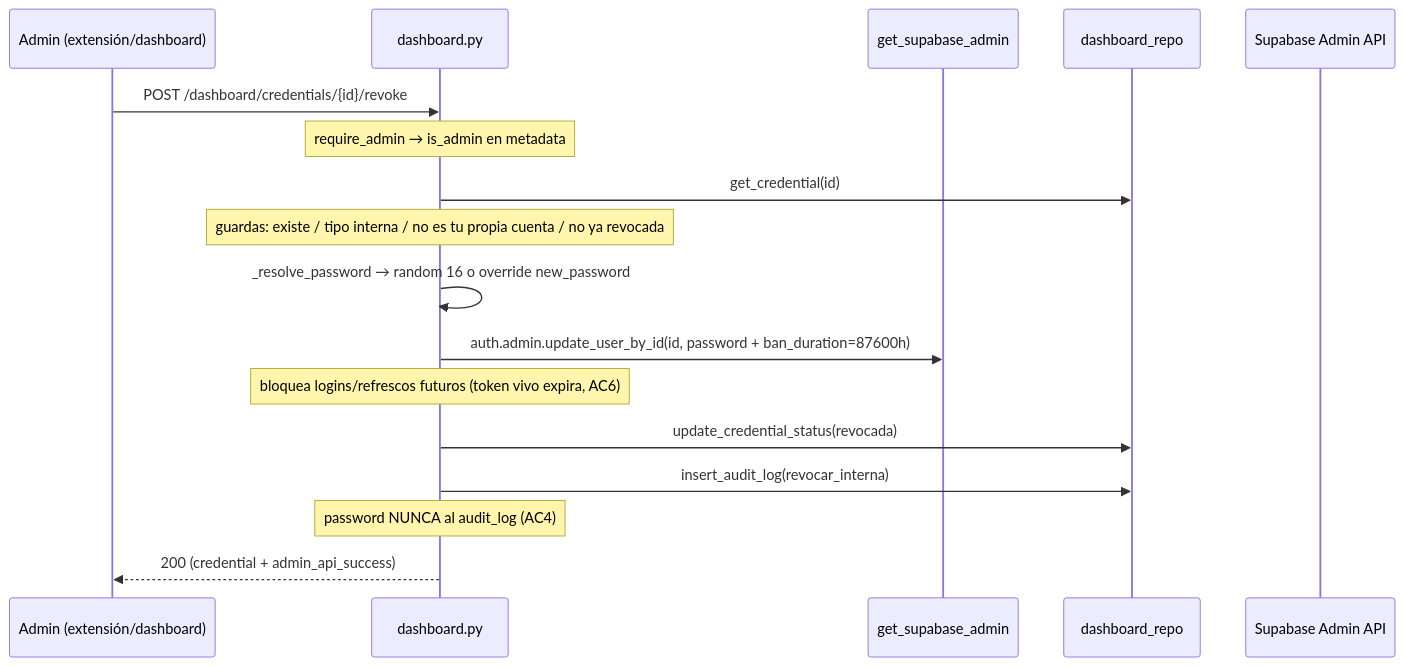
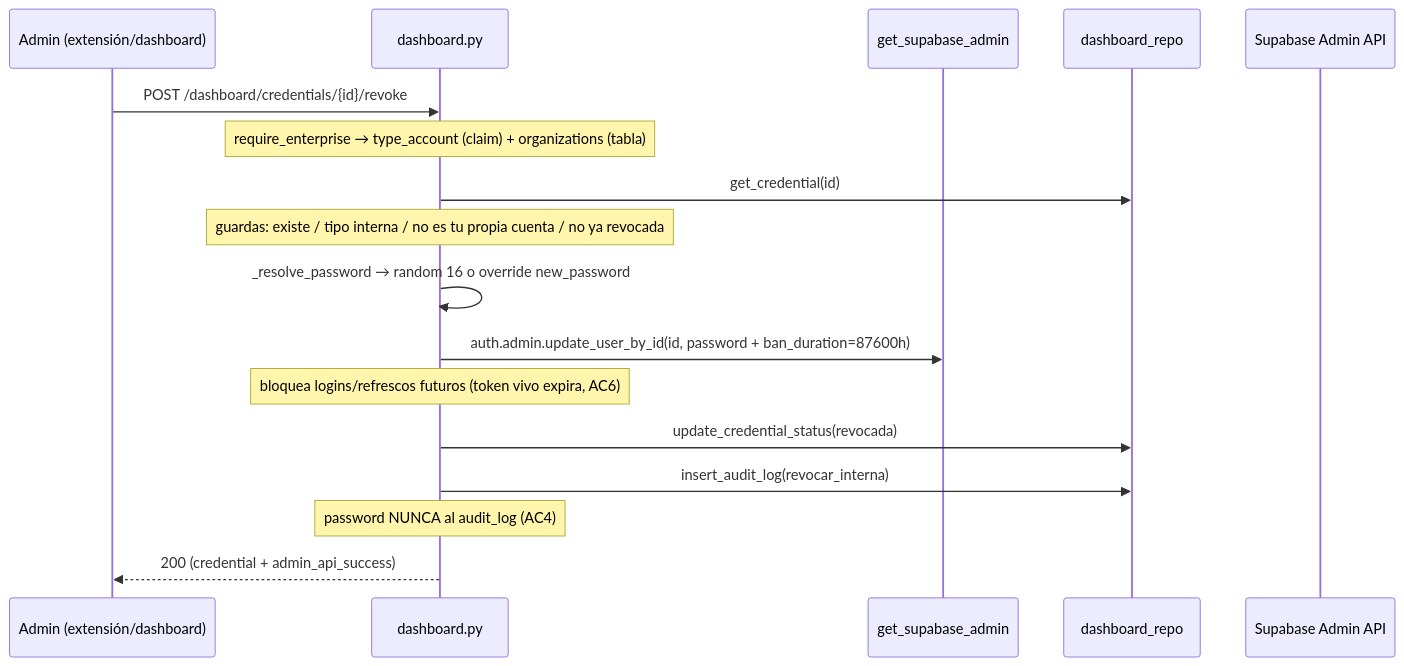
Before and after one commit to MrCasuela/sparkgate-api: the seventh of 9 diagrams in docs/ARQUITECTURA.md, drawn with Mermaid. The commit also changed other lines of this file and 3 other files, not shown here.

````diff
--- a/docs/ARQUITECTURA.md
+++ b/docs/ARQUITECTURA.md
@@ -353,20 +375,20 @@
 ```mermaid
 sequenceDiagram
     participant Admin as Admin (extensión/dashboard)
     participant R as dashboard.py
     participant G as get_supabase_admin
     participant DB as dashboard_repo
     participant AU as Supabase Admin API
 
     Admin->>R: POST /dashboard/credentials/{id}/revoke
-    Note over R: require_admin → is_admin en metadata
+    Note over R: require_enterprise → type_account (claim) + organizations (tabla)
     R->>DB: get_credential(id)
     Note over R: guardas: existe / tipo interna / no es tu propia cuenta / no ya revocada
     R->>R: _resolve_password → random 16 o override new_password
     R->>G: auth.admin.update_user_by_id(id, password + ban_duration=87600h)
     Note over R: bloquea logins/refrescos futuros (token vivo expira, AC6)
     R->>DB: update_credential_status(revocada)
     R->>DB: insert_audit_log(revocar_interna)
     Note over R: password NUNCA al audit_log (AC4)
     R-->>Admin: 200 (credential + admin_api_success)
 ```
````
